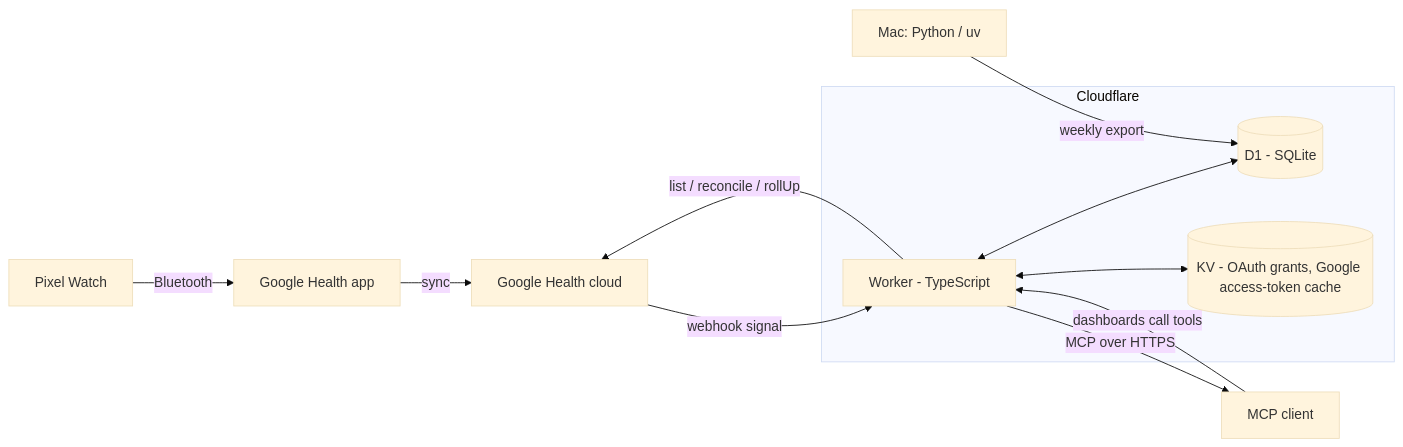
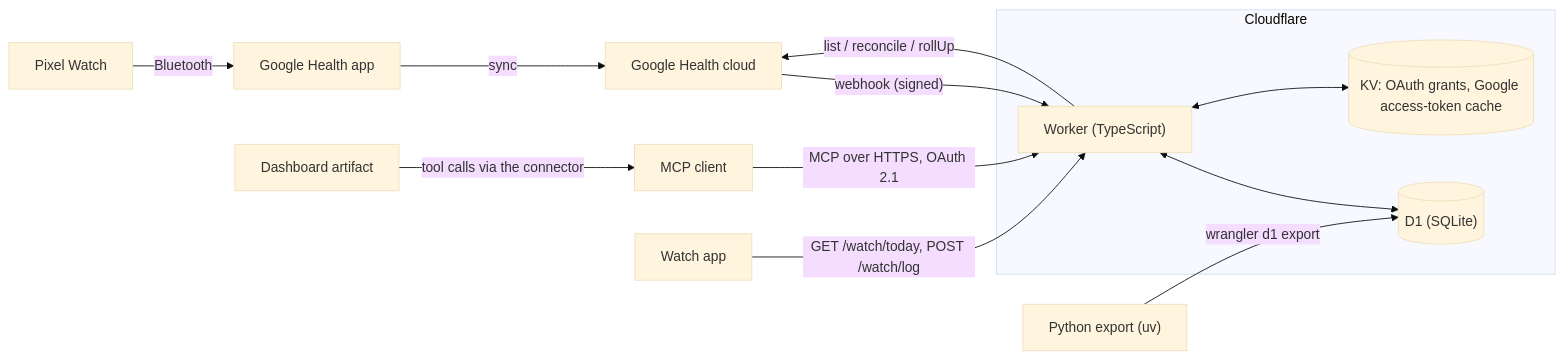
One commit to deluispablo/health-tracker changed the diagram in README.md. Above: the diagram before and after it, drawn with Mermaid (base theme). The commit also changed other lines of this file and 2 other files, not shown here.

````diff
--- a/README.md
+++ b/README.md
@@ -57,17 +74,18 @@
 ```mermaid
 flowchart LR
-    W[Pixel Watch] -- Bluetooth --> A[Google Health app]
-    A -- sync --> G[Google Health cloud]
-    G -- webhook signal --> K
-    K -- list / reconcile / rollUp --> G
-    subgraph CF[Cloudflare]
-        K[Worker - TypeScript]
-        D[(D1 - SQLite)]
-        V[(KV - OAuth grants, Google access-token cache)]
-        K <--> D
-        K <--> V
+    PW["Pixel Watch"] -- Bluetooth --> GA["Google Health app"]
+    GA -- sync --> GC["Google Health cloud"]
+    GC -- "webhook (signed)" --> WK
+    WK -- "list / reconcile / rollUp" --> GC
+    subgraph CF["Cloudflare"]
+        WK["Worker (TypeScript)"]
+        D1[("D1 (SQLite)")]
+        KV[("KV: OAuth grants, Google access-token cache")]
+        WK <--> D1
+        WK <--> KV
     end
-    K -- MCP over HTTPS --> C[MCP client]
-    C -- dashboards call tools --> K
-    P[Mac: Python / uv] -- weekly export --> D
+    MC["MCP client"] -- "MCP over HTTPS, OAuth 2.1" --> WK
+    DA["Dashboard artifact"] -- "tool calls via the connector" --> MC
+    WA["Watch app"] -- "GET /watch/today, POST /watch/log" --> WK
+    PY["Python export (uv)"] -- "wrangler d1 export" --> D1
 ```
````
